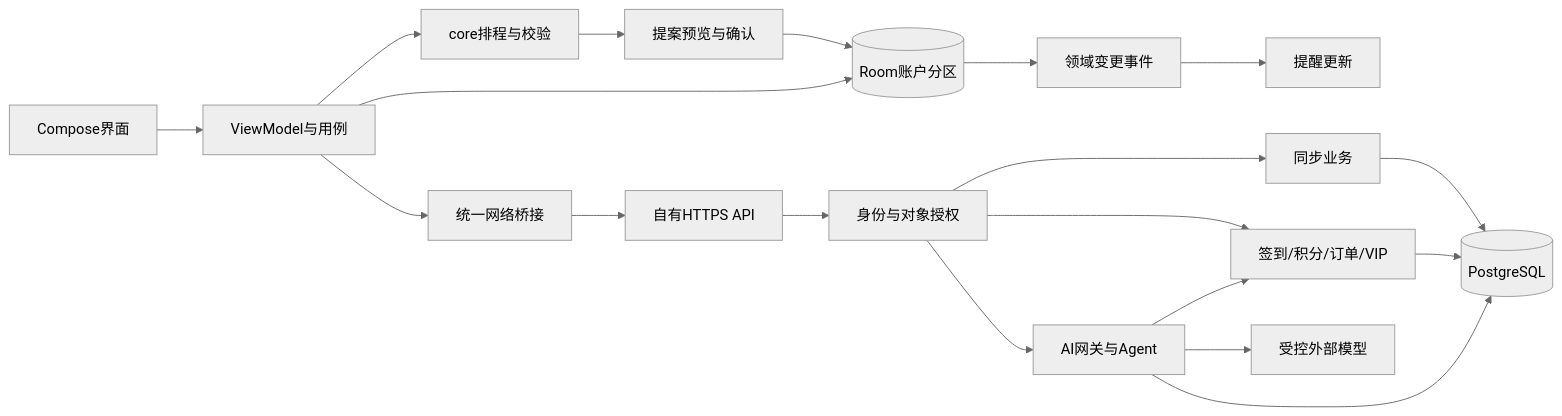
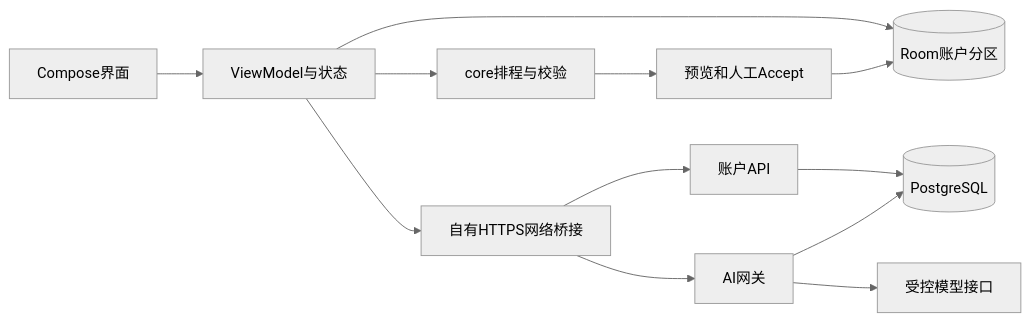
Before and after one commit to bottledkzk/WhaleToDo: the diagram in doc/All/架构与技术栈.md, drawn with Mermaid (neutral theme). The commit also changed other lines of this file and 26 other files, not shown here.

````diff
--- a/doc/All/架构与技术栈.md
+++ b/doc/All/架构与技术栈.md
@@ -15,21 +19,14 @@
 ```mermaid
 flowchart LR
- UI[Compose界面] --> VM[ViewModel与用例]
- VM --> Core[core排程与校验]
- VM --> Local[(Room账户分区)]
- VM --> Net[统一网络桥接]
- Net --> API[自有HTTPS API]
- API --> Auth[身份与对象授权]
- Auth --> Sync[同步业务]
- Auth --> Billing[签到/积分/订单/VIP]
- Auth --> AI[AI网关与Agent]
- AI --> Billing
- AI --> Models[受控外部模型]
- Sync --> DB[(PostgreSQL)]
- Billing --> DB
- AI --> DB
- Core --> Preview[提案预览与确认]
+ UI[Compose界面] --> State[ViewModel与状态]
+ State --> Core[core排程与校验]
+ State --> Local[(Room账户分区)]
+ State --> Network[自有HTTPS网络桥接]
+ Network --> API[账户API]
+ Network --> Gateway[AI网关]
+ API --> PG[(PostgreSQL)]
+ Gateway --> PG
+ Gateway --> Provider[受控模型接口]
+ Core --> Preview[预览和人工Accept]
  Preview --> Local
- Local --> Events[领域变更事件]
- Events --> Remind[提醒更新]
 ```
````
